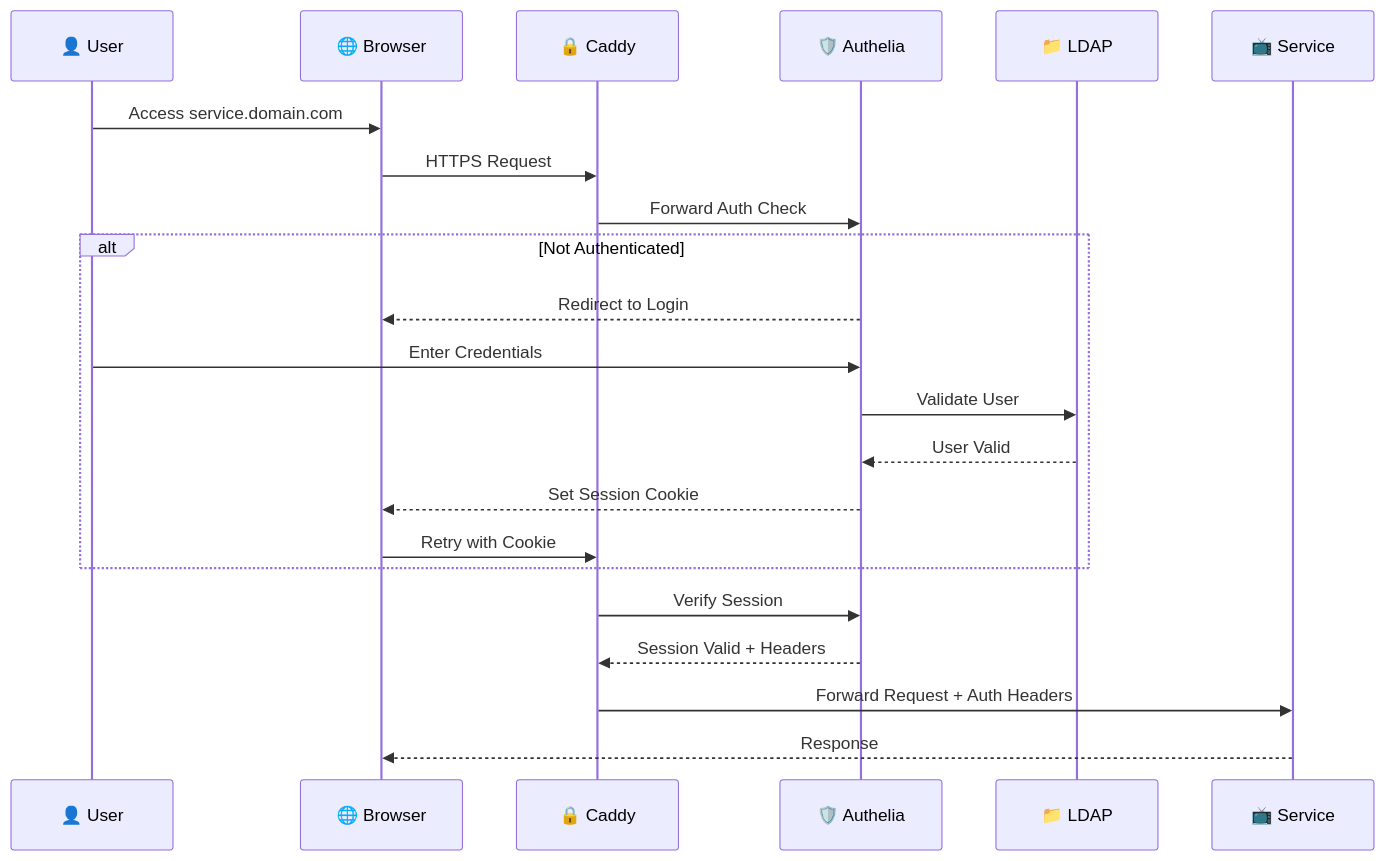
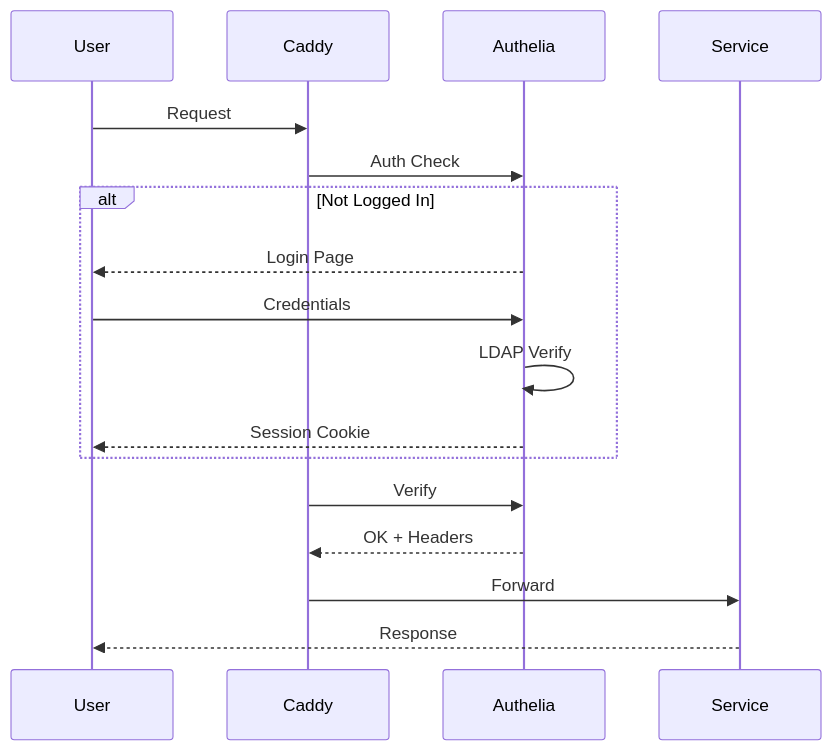
One commit to Mykyta-Home-Server/homeserver changed the third of 4 diagrams in docs-site/src/content/docs/guides/introduction.mdx. Above: the diagram before and after it, drawn with Mermaid. The commit also changed other lines of this file and 1 other file, not shown here.

First line of the commit message:
Redesign Mermaid diagrams for compact square layouts

````diff
--- a/docs-site/src/content/docs/guides/introduction.mdx
+++ b/docs-site/src/content/docs/guides/introduction.mdx
@@ -152,27 +106,20 @@
 ```mermaid
 sequenceDiagram
-    participant User as 👤 User
-    participant Browser as 🌐 Browser
-    participant Caddy as 🔒 Caddy
-    participant Authelia as 🛡️ Authelia
-    participant LDAP as 📁 LDAP
-    participant Service as 📺 Service
+    participant U as User
+    participant C as Caddy
+    participant A as Authelia
+    participant S as Service
 
-    User->>Browser: Access service.domain.com
-    Browser->>Caddy: HTTPS Request
-    Caddy->>Authelia: Forward Auth Check
-
-    alt Not Authenticated
-        Authelia-->>Browser: Redirect to Login
-        User->>Authelia: Enter Credentials
-        Authelia->>LDAP: Validate User
-        LDAP-->>Authelia: User Valid
-        Authelia-->>Browser: Set Session Cookie
-        Browser->>Caddy: Retry with Cookie
+    U->>C: Request
+    C->>A: Auth Check
+    alt Not Logged In
+        A-->>U: Login Page
+        U->>A: Credentials
+        A->>A: LDAP Verify
+        A-->>U: Session Cookie
     end
-
-    Caddy->>Authelia: Verify Session
-    Authelia-->>Caddy: Session Valid + Headers
-    Caddy->>Service: Forward Request + Auth Headers
-    Service-->>Browser: Response
+    C->>A: Verify
+    A-->>C: OK + Headers
+    C->>S: Forward
+    S-->>U: Response
 ```
````
